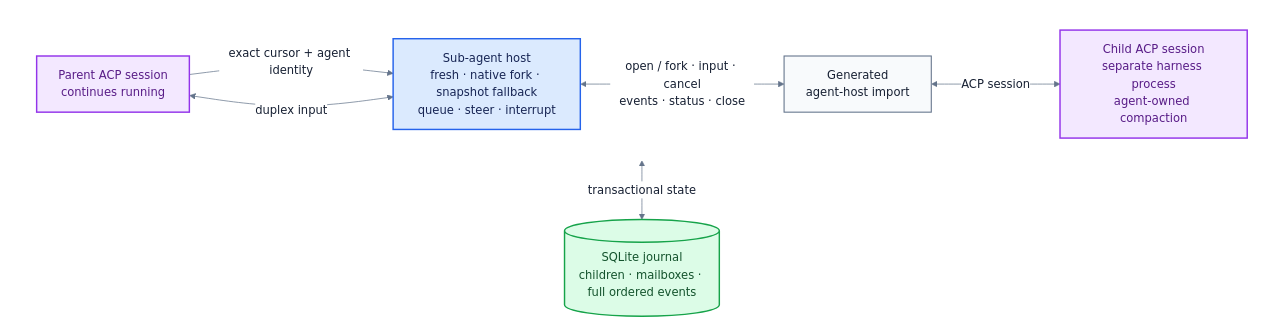
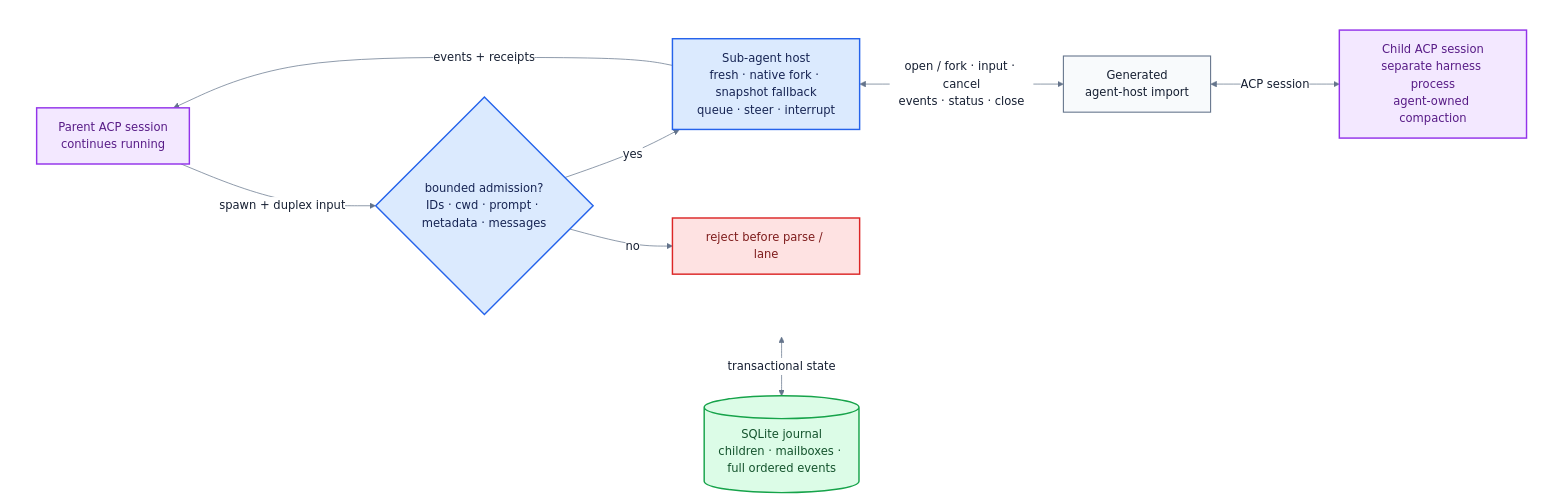
One commit to fontanierh/crab changed the diagram in v2/docs/sub-agent-host-flow.mmd. Above: the diagram before and after it, drawn with Mermaid. The commit also changed 6 other files, not shown here.

```diff
--- a/v2/docs/sub-agent-host-flow.mmd
+++ b/v2/docs/sub-agent-host-flow.mmd
@@ -1,27 +1,33 @@
 %%{init: {"theme": "base", "themeVariables": {"fontFamily": "ui-sans-serif, system-ui, sans-serif", "primaryTextColor": "#172033", "lineColor": "#64748b", "edgeLabelBackground": "#ffffff"}, "flowchart": {"curve": "basis", "nodeSpacing": 42, "rankSpacing": 58}}}%%
 flowchart TB
     subgraph LIVE[" "]
         direction LR
         PARENT["Parent ACP session<br/>continues running"]
+        ADMIT{"bounded admission?<br/>IDs · cwd · prompt · metadata · messages"}
+        REJECT["reject before parse / lane"]
         HOST["Sub-agent host<br/>fresh · native fork · snapshot fallback<br/>queue · steer · interrupt"]
         IMPORT["Generated<br/>agent-host import"]
         CHILD["Child ACP session<br/>separate harness process<br/>agent-owned compaction"]
 
-        PARENT -->|"exact cursor + agent identity"| HOST
-        PARENT <-->|"duplex input"| HOST
+        PARENT -->|"spawn + duplex input"| ADMIT
+        ADMIT -->|"yes"| HOST
+        ADMIT -->|"no"| REJECT
+        HOST -->|"events + receipts"| PARENT
         HOST <-->|"open / fork · input · cancel<br/>events · status · close"| IMPORT
         IMPORT <-->|"ACP session"| CHILD
     end
     DB[("SQLite journal<br/>children · mailboxes · full ordered events")]
     HOST <-->|"transactional state"| DB
 
     classDef session fill:#f3e8ff,stroke:#9333ea,stroke-width:2px,color:#581c87;
     classDef runtime fill:#dbeafe,stroke:#2563eb,stroke-width:2px,color:#172554;
     classDef durable fill:#dcfce7,stroke:#16a34a,stroke-width:2px,color:#14532d;
     classDef boundary fill:#f8fafc,stroke:#64748b,stroke-width:1.5px,color:#172033;
+    classDef reject fill:#fee2e2,stroke:#dc2626,stroke-width:2px,color:#7f1d1d;
 
     class PARENT,CHILD session;
-    class HOST runtime;
+    class ADMIT,HOST runtime;
+    class REJECT reject;
     class DB durable;
     class IMPORT boundary;
     style LIVE fill:none,stroke:none;
```
